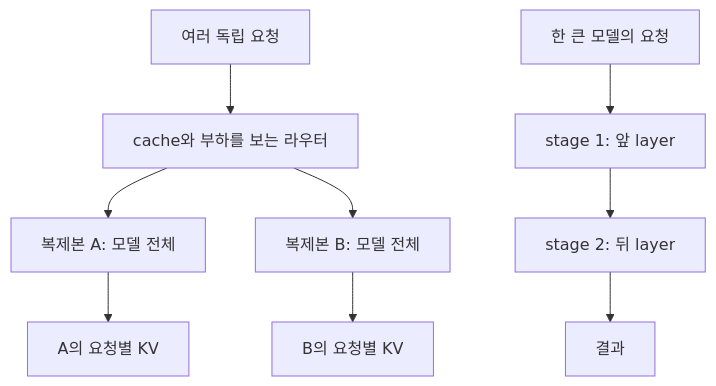
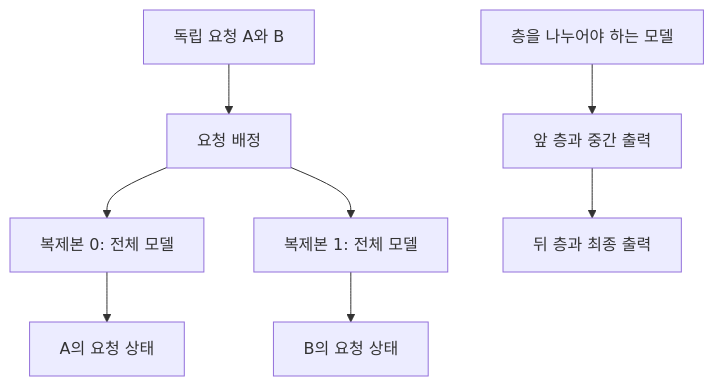
The diagram in content/15-multi-npu.md (smallstep-zzz/furyno5-handbook), drawn with Mermaid before and after one commit. The commit also changed other lines of this file and 97 other files, not shown here.

````diff
--- a/content/15-multi-npu.md
+++ b/content/15-multi-npu.md
@@ -25,11 +70,10 @@
 ```mermaid
 flowchart TB
-    R["여러 독립 요청"] --> Q["cache와 부하를 보는 라우터"]
-    Q --> A["복제본 A: 모델 전체"]
-    Q --> B["복제본 B: 모델 전체"]
-    A --> OA["A의 요청별 KV"]
-    B --> OB["B의 요청별 KV"]
-    S["한 큰 모델의 요청"] --> P1["stage 1: 앞 layer"]
-    P1 --> P2["stage 2: 뒤 layer"]
-    P2 --> O["결과"]
+    R["독립 요청 A와 B"] --> Q["요청 배정"]
+    Q --> A["복제본 0: 전체 모델"]
+    Q --> B["복제본 1: 전체 모델"]
+    A --> OA["A의 요청 상태"]
+    B --> OB["B의 요청 상태"]
+    S["층을 나누어야 하는 모델"] --> P1["앞 층과 중간 출력"]
+    P1 --> P2["뒤 층과 최종 출력"]
 ```
````
